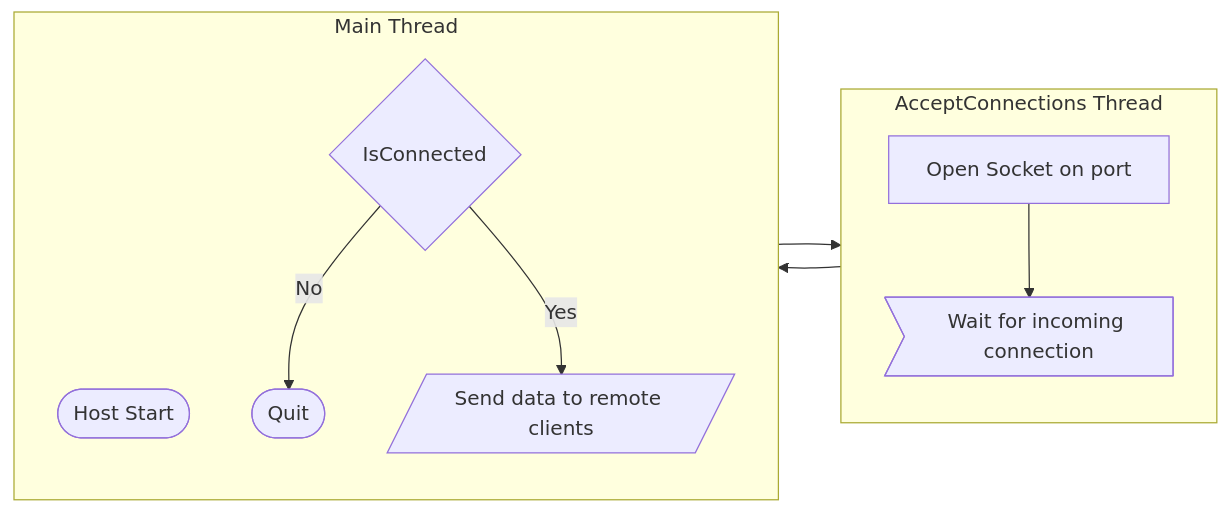
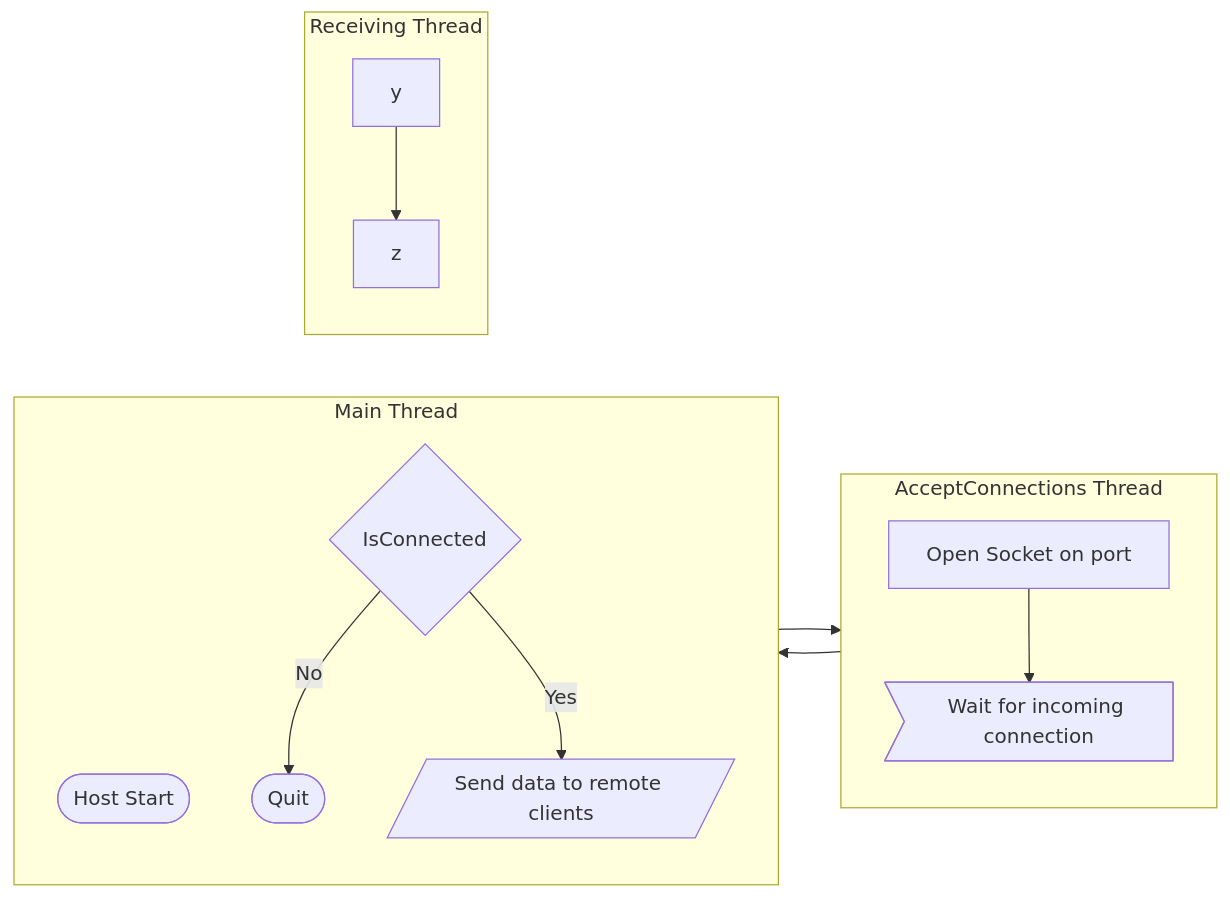
The diagram in README.md (GMcMichael/ThornNetworking), drawn with Mermaid before and after one commit.

````diff
--- a/README.md
+++ b/README.md
@@ -1,14 +1,18 @@
 ```mermaid
 flowchart LR
   subgraph acthread [AcceptConnections Thread]
     direction TB
     B-->F>Wait for incoming connection]
   end
   subgraph mt [Main Thread]
     direction TB
     A([Host Start]) --> B[Open Socket on port]
     B-->C{IsConnected}
     C-- No -->D([Quit])
     C-- Yes -->E[/Send data to remote clients/]
   end
+ subgraph rt [Receiving Thread]
+  direction TB
+  y-->z
+ end
 ```
````
